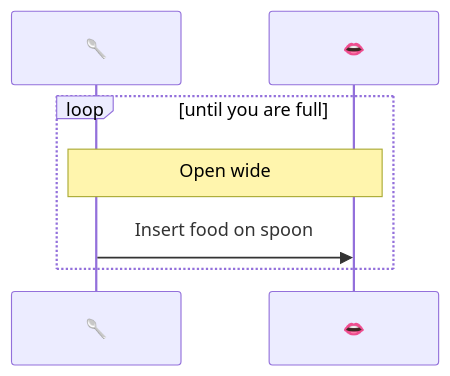
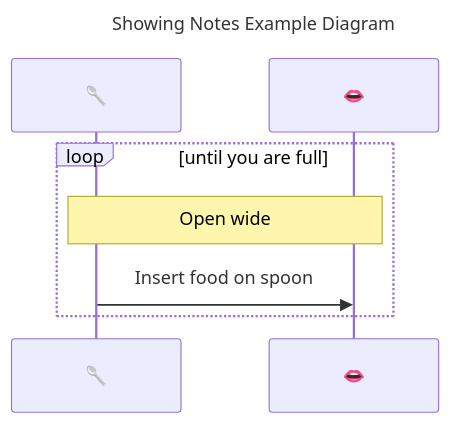
One commit to carolyncole/i_love_mermaid changed the sixth of 7 diagrams in empty-flow.md. Above: the diagram before and after it, drawn with Mermaid. The commit also changed other lines of this file, not shown here.

````diff
--- a/empty-flow.md
+++ b/empty-flow.md
@@ -85,9 +89,10 @@
   ```mermaid
   sequenceDiagram
+    title  Showing Notes Example Diagram
     participant spoon AS #129348;
     participant mouth as #128068;
     loop until you are full
      note over spoon,mouth: Open wide
       spoon->>mouth: Insert food on spoon
     end
   ```
````
